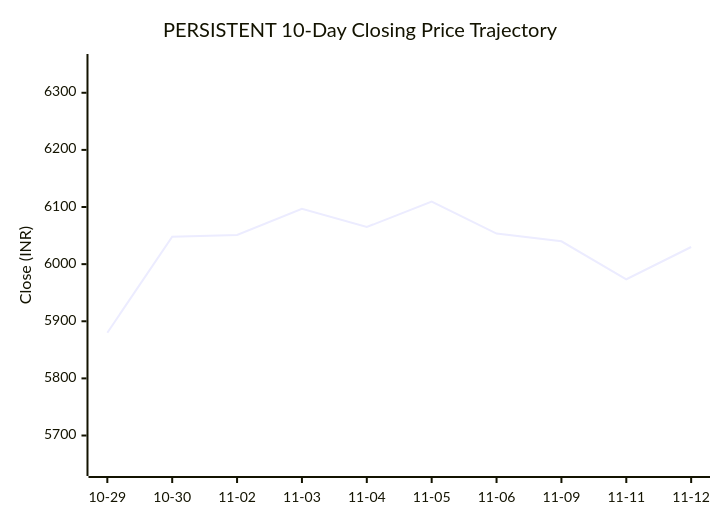
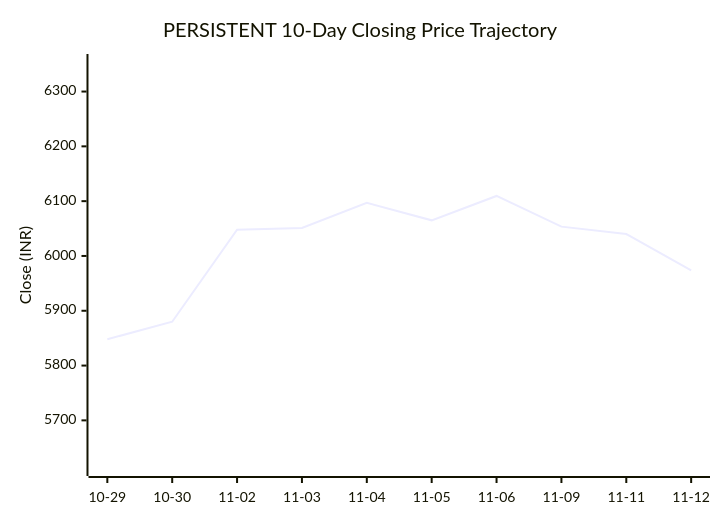
One commit to purnareddy9/dev changed the second of 3 diagrams in market-intelligence/stocks/PERSISTENT/latest.md. Above: the diagram before and after it, drawn with Mermaid. The commit also changed other lines of this file and 3 other files, not shown here.

````diff
--- a/market-intelligence/stocks/PERSISTENT/latest.md
+++ b/market-intelligence/stocks/PERSISTENT/latest.md
@@ -95,7 +95,7 @@
 ```mermaid
 xychart-beta
     title "PERSISTENT 10-Day Closing Price Trajectory"
     x-axis ["10-29", "10-30", "11-02", "11-03", "11-04", "11-05", "11-06", "11-09", "11-11", "11-12"]
-    y-axis "Close (INR)" 5644 --> 6353
-    line [5880.0, 6048.0, 6051.0, 6097.0, 6065.0, 6109.5, 6053.5, 6040.0, 5973.5, 6030.0]
+    y-axis "Close (INR)" 5614 --> 6353
+    line [5848.0, 5880.0, 6048.0, 6051.0, 6097.0, 6065.0, 6109.5, 6053.5, 6040.0, 5973.5]
 ```
````
